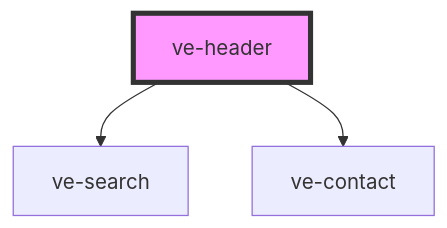
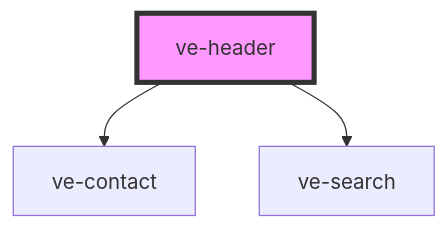
The diagram in src/components/ve-header/readme.md (visual-essays/web-components), drawn with Mermaid before and after one commit. The commit also changed other lines of this file and 6 other files, not shown here.

````diff
--- a/src/components/ve-header/readme.md
+++ b/src/components/ve-header/readme.md
@@ -35,6 +35,6 @@
 ```mermaid
 graph TD;
+  ve-header --> ve-contact
   ve-header --> ve-search
-  ve-header --> ve-contact
   style ve-header fill:#f9f,stroke:#333,stroke-width:4px
 ```
````
